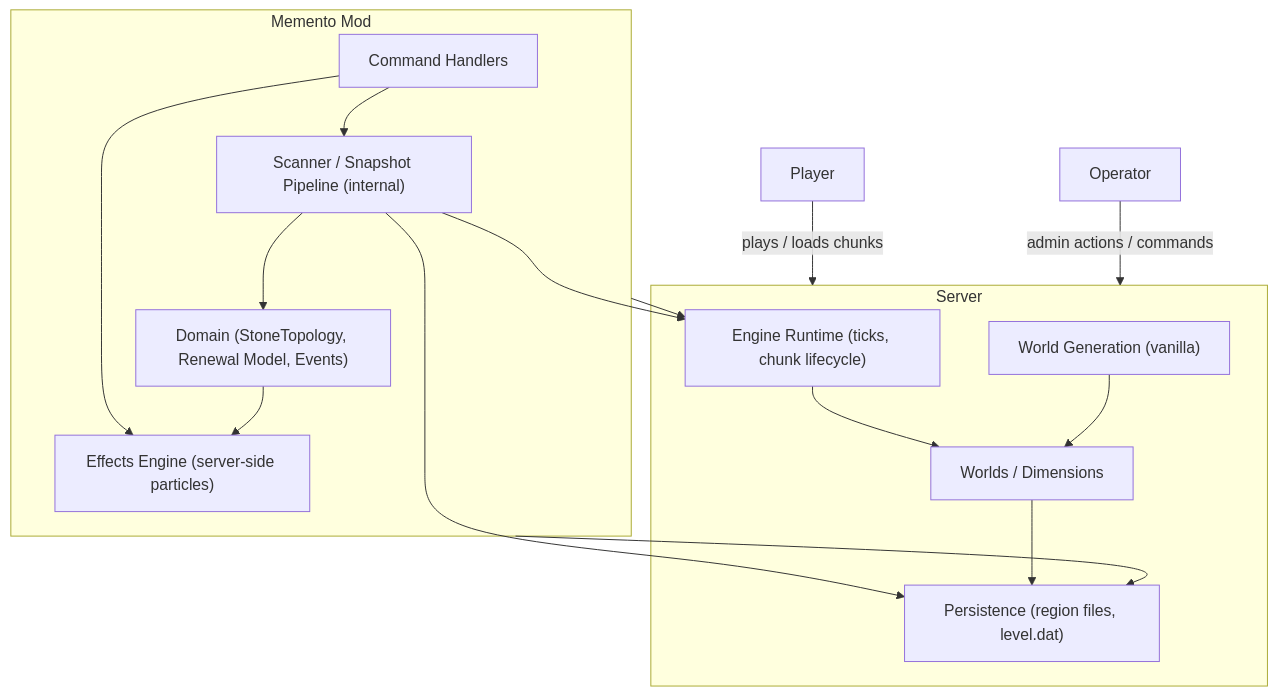
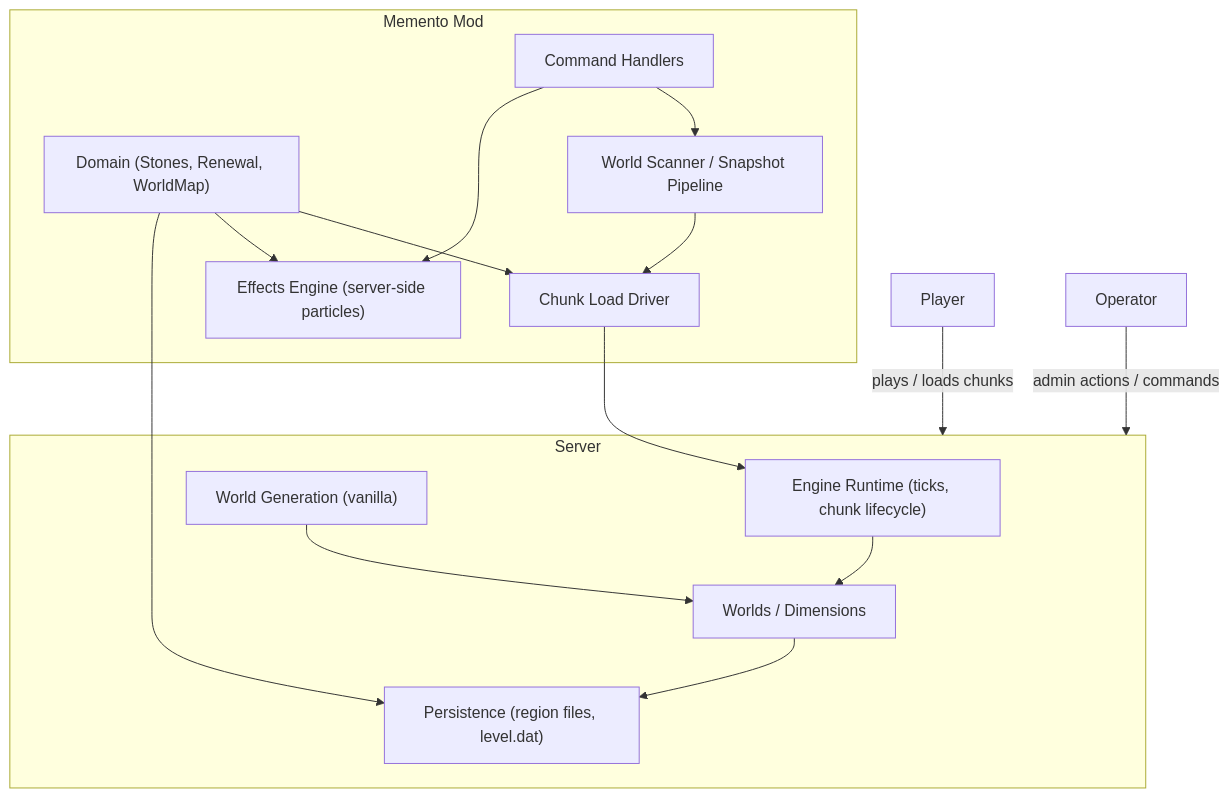
The first of 3 diagrams in ARCHITECTURE.md (olilanz/memento-mc), drawn with Mermaid before and after one commit. The commit also changed other lines of this file and 1 other file, not shown here.

````diff
--- a/ARCHITECTURE.md
+++ b/ARCHITECTURE.md
@@ -11,35 +11,34 @@
 ```mermaid
 flowchart TB
   Player["Player"] -->|plays / loads chunks| Server["Minecraft Server"]
   Operator["Operator"] -->|admin actions / commands| Server
 
   subgraph Server
     Engine["Engine Runtime (ticks, chunk lifecycle)"]
     World["Worlds / Dimensions"]
     Persist["Persistence (region files, level.dat)"]
     WorldGen["World Generation (vanilla)"]
   end
 
   subgraph Memento["Memento Mod"]
     Commands["Command Handlers"]
-    Domain["Domain (StoneTopology, Renewal Model, Events)"]
+    Driver["Chunk Load Driver"]
+    Domain["Domain (Stones, Renewal, WorldMap)"]
     Effects["Effects Engine (server-side particles)"]
-    Scanner["Scanner / Snapshot Pipeline (internal)"]
+    Scanner["World Scanner / Snapshot Pipeline"]
   end
 
+  Commands --> Scanner
   Commands --> Effects
-  Commands --> Scanner
 
-  Scanner --> Engine
-  Scanner --> Persist
-  Scanner --> Domain
+  Scanner --> Driver
+  Domain --> Driver
 
-  Domain --> Effects
-
+  Driver --> Engine
   Engine --> World
   World --> Persist
   WorldGen --> World
 
-  Memento --> Engine
-  Memento --> Persist
+  Domain --> Effects
+  Domain --> Persist
 ```
````
